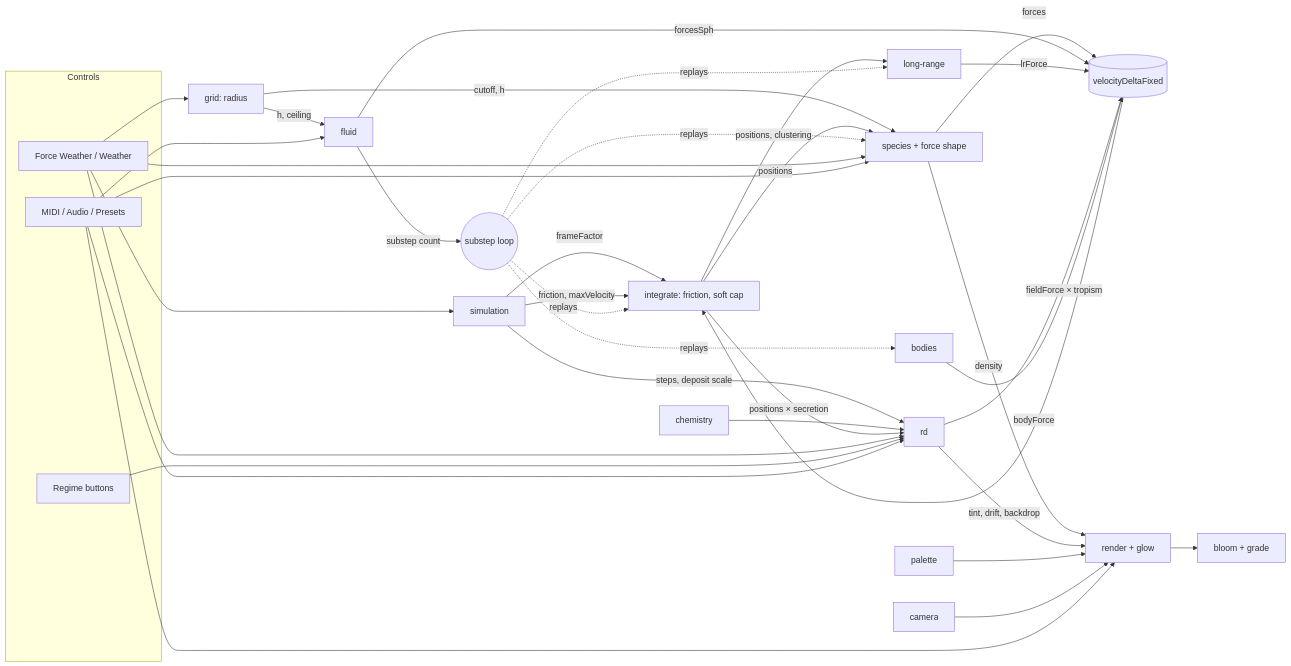
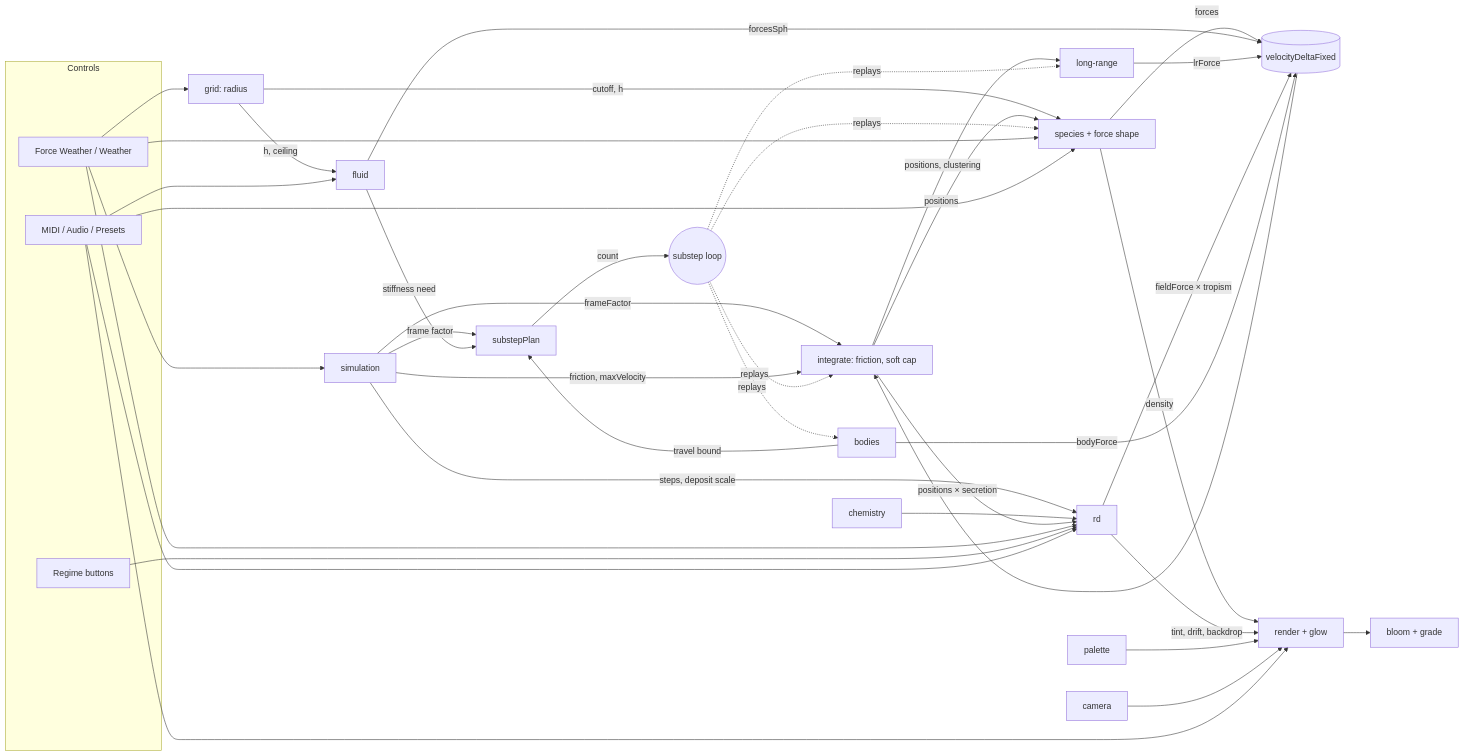
Before and after one commit to synapseradio/particle-garden: the diagram in docs/slider-interactions.md, drawn with Mermaid. The commit also changed other lines of this file and 35 other files, not shown here.

````diff
--- a/docs/slider-interactions.md
+++ b/docs/slider-interactions.md
@@ -260,42 +262,45 @@
 ```mermaid
 flowchart LR
   subgraph Controls
     tours[Force Weather / Weather]
     mod[MIDI / Audio / Presets]
     regime[Regime buttons]
   end
   sim[simulation] -->|frameFactor| I
   sim -->|steps, deposit scale| rd
   grid[grid: radius] -->|cutoff, h| species
   grid -->|h, ceiling| fluid
   species[species + force shape] -->|forces| V
   fluid -->|forcesSph| V
-  fluid -->|substep count| loop((substep loop))
+  sim -->|frame factor| plan
+  fluid -->|stiffness need| plan
+  bodies -->|travel bound| plan
+  plan[substepPlan] -->|count| loop((substep loop))
   lr[long-range] -->|lrForce| V
   rd -->|fieldForce × tropism| V
   chem[chemistry] --> rd
   bodies -->|bodyForce| V
   V[(velocityDeltaFixed)] --> I[integrate: friction, soft cap]
   sim -->|friction, maxVelocity| I
   I -->|positions| species
   I -->|positions, clustering| lr
   I -->|positions × secretion| rd
   loop -.replays.-> species
   loop -.replays.-> lr
   loop -.replays.-> bodies
   loop -.replays.-> I
   species -->|density| render[render + glow]
   rd -->|tint, drift, backdrop| render
   render --> bloom[bloom + grade]
   palette --> render
   camera --> render
   tours --> sim
   tours --> grid
   tours --> species
   tours --> rd
   regime --> rd
   mod --> species
   mod --> fluid
   mod --> rd
   mod --> render
 ```
````
